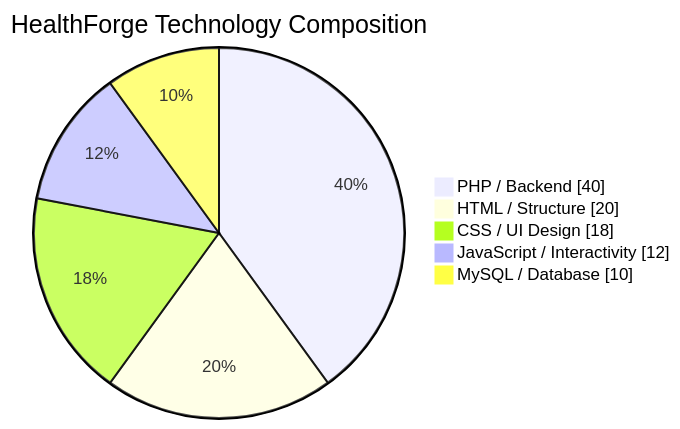
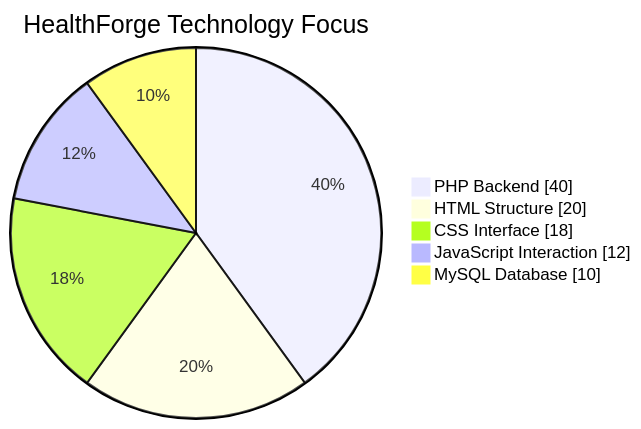
Before and after one commit to Ahamed369/HealthForge-Fitness-Web-Application: the fifth of 10 diagrams in README.md, drawn with Mermaid. The commit also changed other lines of this file, not shown here.

````diff
--- a/README.md
+++ b/README.md
@@ -196,9 +300,9 @@
 ```mermaid
 pie showData
-    title HealthForge Technology Composition
-    "PHP / Backend" : 40
-    "HTML / Structure" : 20
-    "CSS / UI Design" : 18
-    "JavaScript / Interactivity" : 12
-    "MySQL / Database" : 10
+    title HealthForge Technology Focus
+    "PHP Backend" : 40
+    "HTML Structure" : 20
+    "CSS Interface" : 18
+    "JavaScript Interaction" : 12
+    "MySQL Database" : 10
 ```
````
